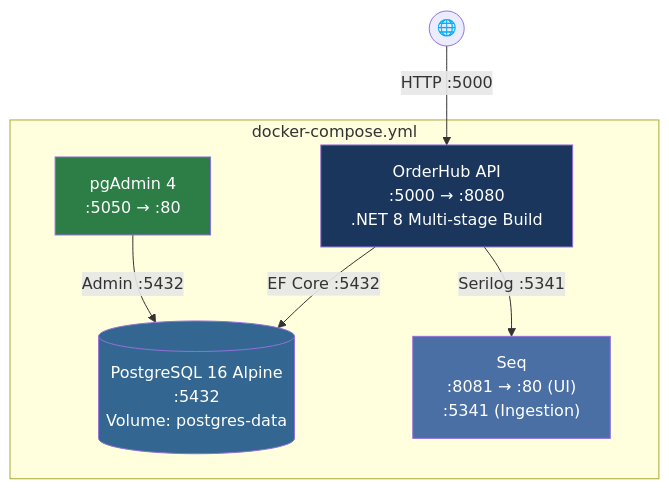
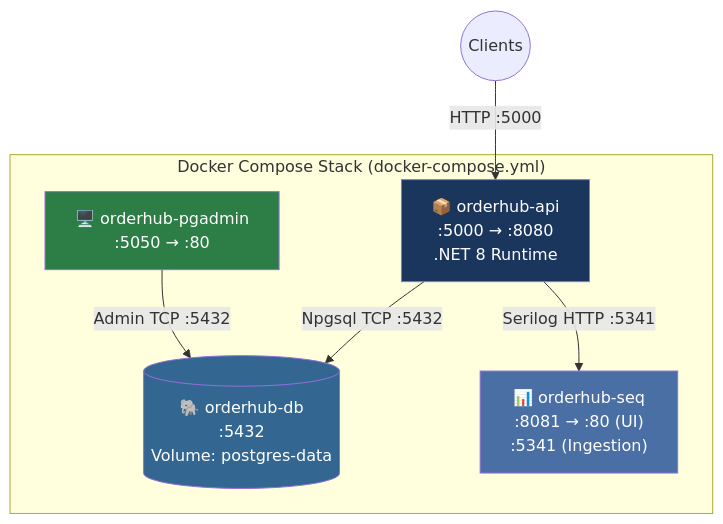
One commit to datngw/OrderHub changed the diagram in docs/docusaurus/docs/guides/deployment.md. Above: the diagram before and after it, drawn with Mermaid. The commit also changed other lines of this file and 15 other files, not shown here.

Commit message:
docs: rewrite arc42 architecture documentation and consolidate ADRs

````diff
--- a/docs/docusaurus/docs/guides/deployment.md
+++ b/docs/docusaurus/docs/guides/deployment.md
@@ -13,19 +17,19 @@
 ```mermaid
 graph TB
-    subgraph "docker-compose.yml"
-        API["OrderHub API<br/>:5000 → :8080<br/>.NET 8 Multi-stage Build"]
-        DB[("PostgreSQL 16 Alpine<br/>:5432<br/>Volume: postgres-data")]
-        PGA["pgAdmin 4<br/>:5050 → :80"]
-        SEQ["Seq<br/>:8081 → :80 (UI)<br/>:5341 (Ingestion)"]
+    subgraph "Docker Compose Stack (docker-compose.yml)"
+        API["📦 orderhub-api<br/>:5000 → :8080<br/>.NET 8 Runtime"]
+        DB[("🐘 orderhub-db<br/>:5432<br/>Volume: postgres-data")]
+        PGA["🖥️ orderhub-pgadmin<br/>:5050 → :80"]
+        SEQ["📊 orderhub-seq<br/>:8081 → :80 (UI)<br/>:5341 (Ingestion)"]
     end
 
-    Internet((🌐)) -->|HTTP :5000| API
-    API -->|EF Core :5432| DB
-    API -->|Serilog :5341| SEQ
-    PGA -->|Admin :5432| DB
+    Client((Clients)) -->|HTTP :5000| API
+    API -->|Npgsql TCP :5432| DB
+    API -->|Serilog HTTP :5341| SEQ
+    PGA -->|Admin TCP :5432| DB
 
     style API fill:#1a365d,color:#fff
     style DB fill:#336791,color:#fff
     style SEQ fill:#4a6fa5,color:#fff
     style PGA fill:#2d7d46,color:#fff
 ```
````
